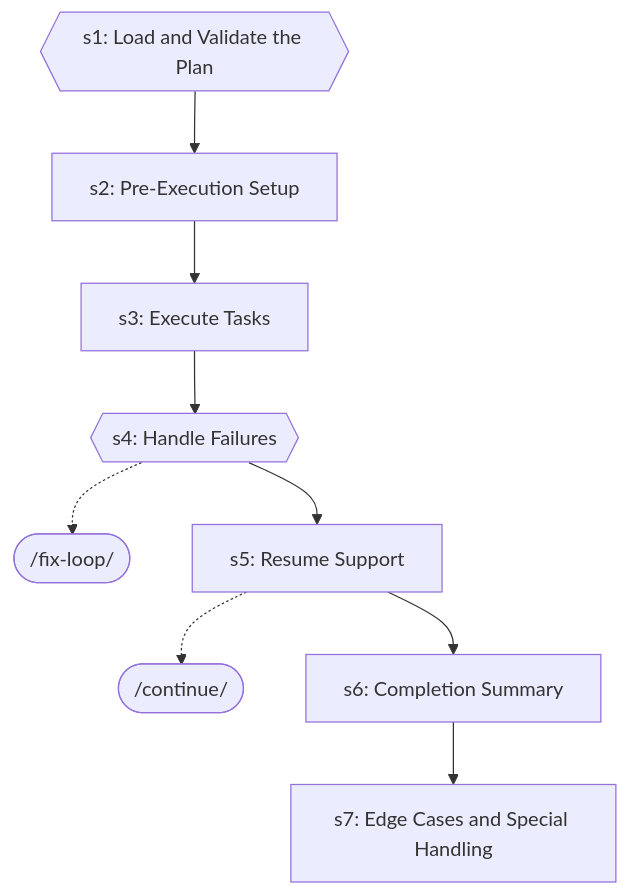
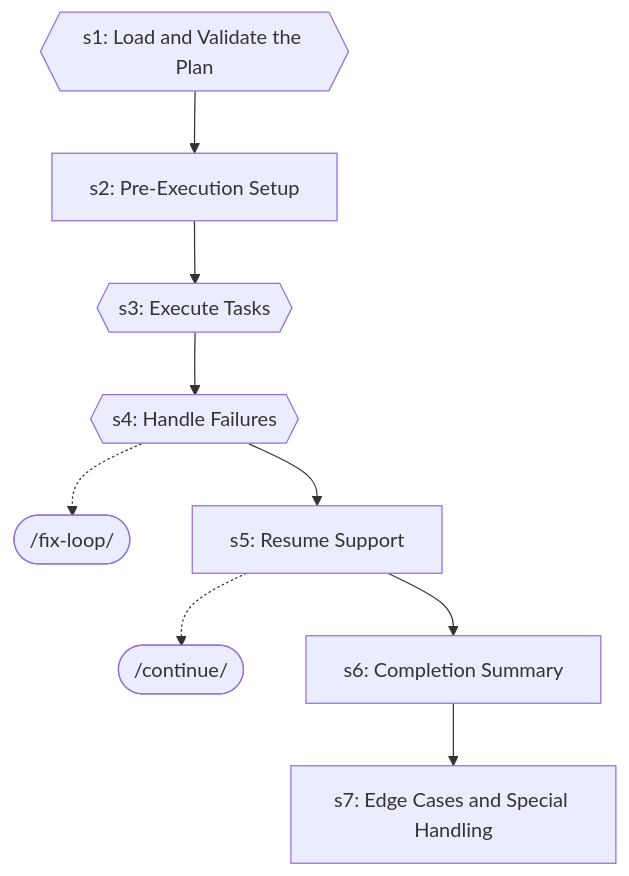
The tenth of 24 diagrams in docs/workflows/debugging-loop.md (abhayla/claude-best-practices), drawn with Mermaid before and after one commit. The commit also changed other lines of this file and 32 other files, not shown here.

````diff
--- a/docs/workflows/debugging-loop.md
+++ b/docs/workflows/debugging-loop.md
@@ -1007,20 +1007,20 @@
 ```mermaid
 graph TD
     s1{{s1: Load and Validate the Plan}}
     s2["s2: Pre-Execution Setup"]
     s1 --> s2
-    s3["s3: Execute Tasks"]
+    s3{{s3: Execute Tasks}}
     s2 --> s3
     s4{{s4: Handle Failures}}
     s3 --> s4
     fix_loop_ext([/fix-loop/])
     s4 -.-> fix_loop_ext
     s5["s5: Resume Support"]
     s4 --> s5
     continue_ext([/continue/])
     s5 -.-> continue_ext
     s6["s6: Completion Summary"]
     s5 --> s6
     s7["s7: Edge Cases and Special Handling"]
     s6 --> s7
 ```
````
